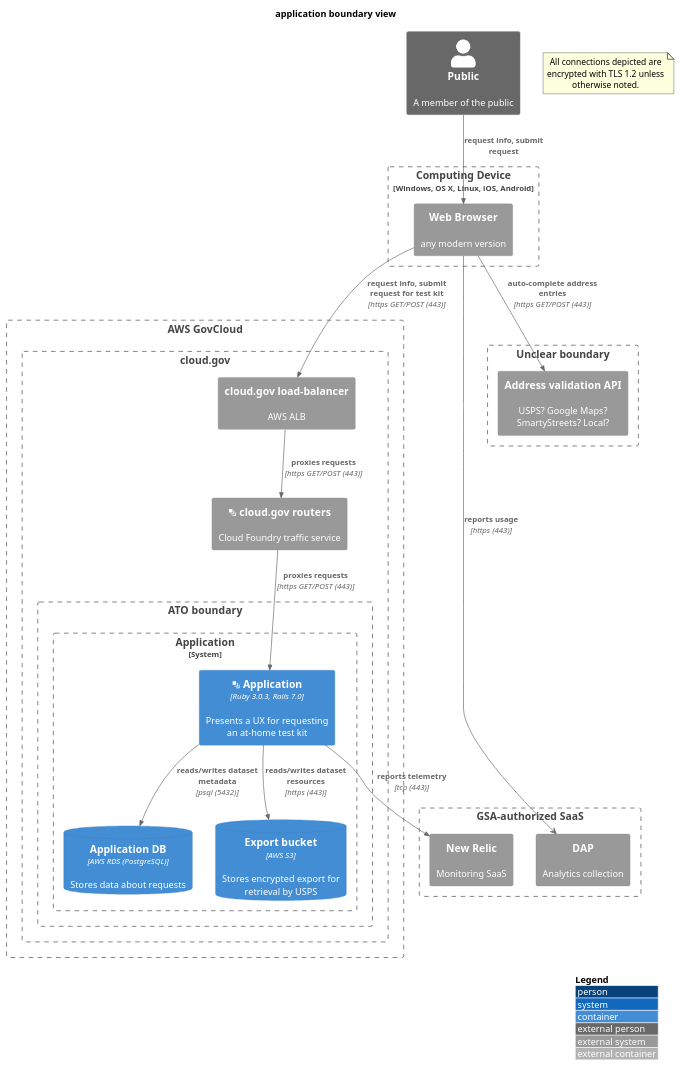
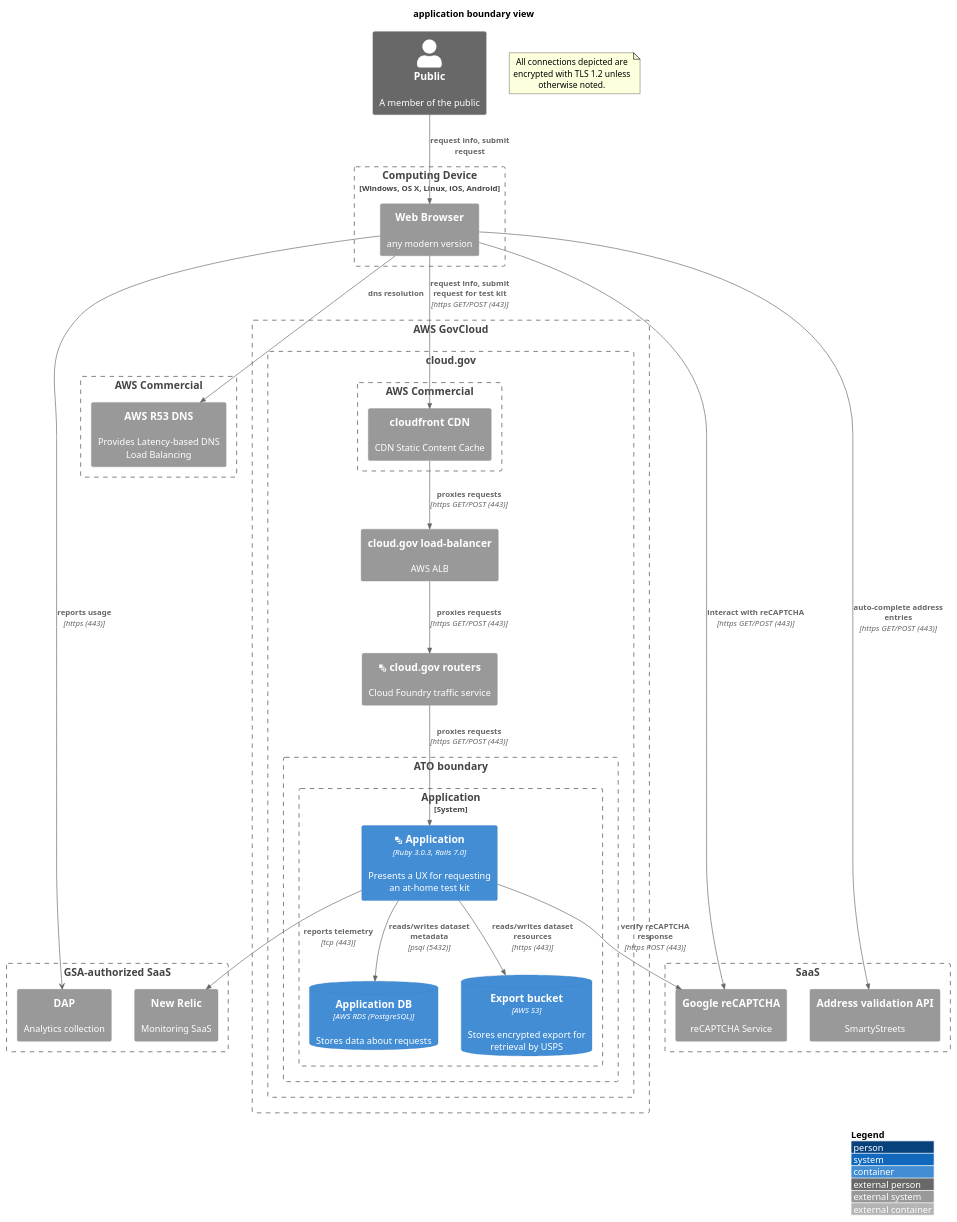
Before and after one commit to usagov/test-at-home: the diagram in doc/compliance/apps/application.boundary.md, drawn with PlantUML. The commit also changed 1 other file, not shown here.

Commit message:
Complete boundry from end-user perspective

````diff
--- a/doc/compliance/apps/application.boundary.md
+++ b/doc/compliance/apps/application.boundary.md
@@ -5,54 +5,65 @@
 ```plantuml
 @startuml
 !include https://raw.githubusercontent.com/plantuml-stdlib/C4-PlantUML/master/C4_Container.puml
 ' uncomment the following line and comment the first to use locally
 ' !include C4_Container.puml
 LAYOUT_WITH_LEGEND()
 title application boundary view
 
 Person_Ext(public, "Public", "A member of the public")
 
 Boundary(device, "Computing Device", "Windows, OS X, Linux, iOS, Android"){
     System_Ext(browser, "Web Browser", "any modern version")
 }
 Rel(public, browser, "request info, submit request", "")
+Boundary(aws_com, "AWS Commercial") {
+    System_Ext(r53, "AWS R53 DNS", "Provides Latency-based DNS Load Balancing")
+}
+Rel(browser, r53, "dns resolution")
 
 
 note as EncryptionNote
 All connections depicted are encrypted with TLS 1.2 unless otherwise noted.
 end note
 Boundary(aws, "AWS GovCloud") {
     Boundary(cloudgov, "cloud.gov") {
+        Boundary(cg_aws_com, "AWS Commercial") {
+            System_Ext(aws_cf, "cloudfront CDN", "CDN Static Content Cache")
+        }
         System_Ext(aws_alb, "cloud.gov load-balancer", "AWS ALB")
         System_Ext(cloudgov_router, "<&layers> cloud.gov routers", "Cloud Foundry traffic service")
         Boundary(atob, "ATO boundary") {
             System_Boundary(inventory, "Application") {
                 Container(app, "<&layers> Application", "Ruby 3.0.3, Rails 7.0", "Presents a UX for requesting an at-home test kit")
                 ContainerDb(app_db, "Application DB", "AWS RDS (PostgreSQL)", "Stores data about requests")
                 ContainerDb(app_s3, "Export bucket", "AWS S3", "Stores encrypted export for retrieval by USPS")
             }
         }
     }
 }
 
 
 Boundary(gsa_saas, "GSA-authorized SaaS") {
     System_Ext(dap, "DAP", "Analytics collection")
     System_Ext(newrelic, "New Relic", "Monitoring SaaS")
 }
 browser -> dap : **reports usage** \n//[https (443)]//
 Rel(app, newrelic, "reports telemetry", "tcp (443)")
-Rel(browser, aws_alb, "request info, submit request for test kit", "https GET/POST (443)")
+Rel(browser, aws_cf, "request info, submit request for test kit", "https GET/POST (443)")
+Rel(aws_cf, aws_alb, "proxies requests", "https GET/POST (443)")
 Rel(aws_alb, cloudgov_router, "proxies requests", "https GET/POST (443)")
 Rel(cloudgov_router, app, "proxies requests", "https GET/POST (443)")
 Rel(app, app_db, "reads/writes dataset metadata", "psql (5432)")
 Rel(app, app_s3, "reads/writes dataset resources", "https (443)")
 
-Boundary(unknown_boundary, "Unclear boundary") {
-    System_Ext(address_api, "Address validation API", "USPS? Google Maps? SmartyStreets? Local?")
+Boundary(other_saas, "SaaS") {
+    System_Ext(recaptcha, "Google reCAPTCHA", "reCAPTCHA Service")
+    System_Ext(address_api, "Address validation API", "SmartyStreets")
 }
 Rel(browser, address_api, "auto-complete address entries", "https GET/POST (443)")
+Rel(browser, recaptcha, "interact with reCAPTCHA", "https GET/POST (443)")
+Rel(app, recaptcha, "verify reCAPTCHA response", "https POST (443)")
 
 
 @enduml
 ```
````
